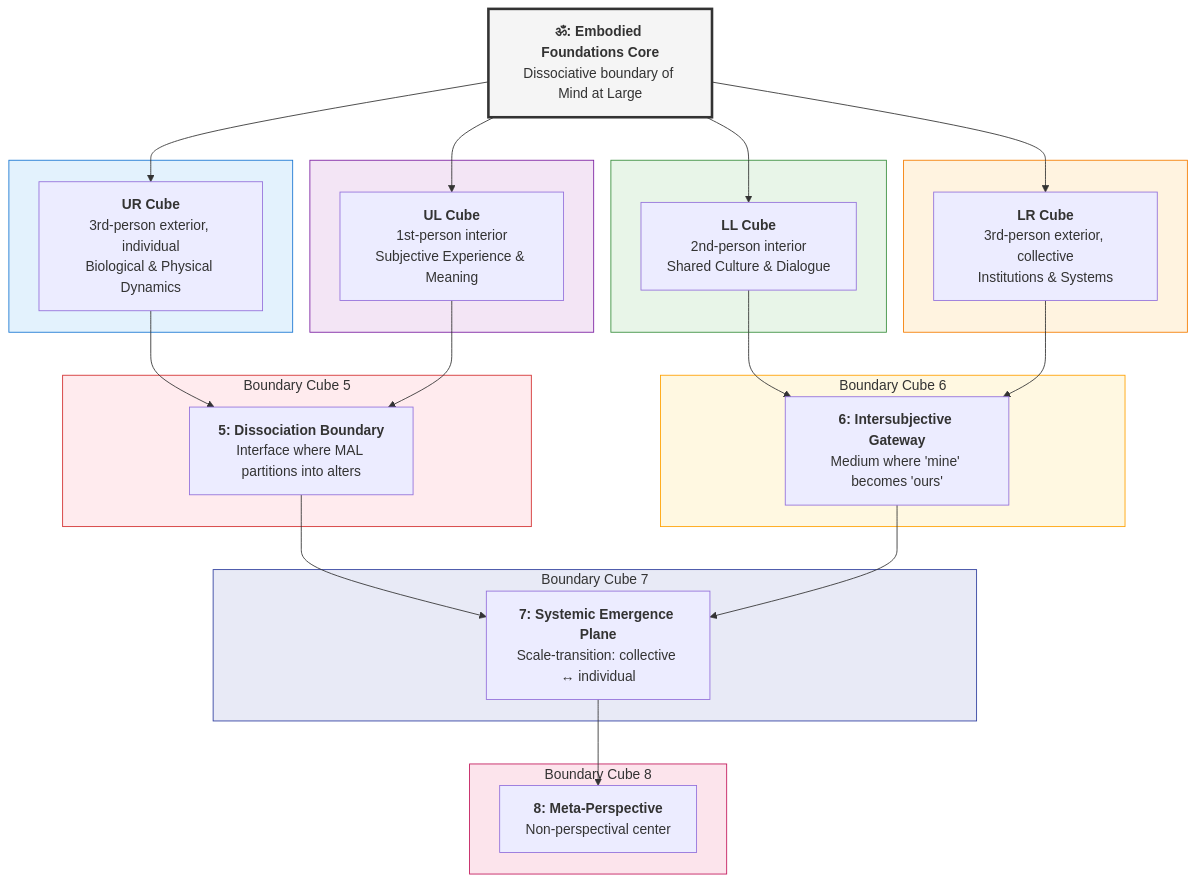
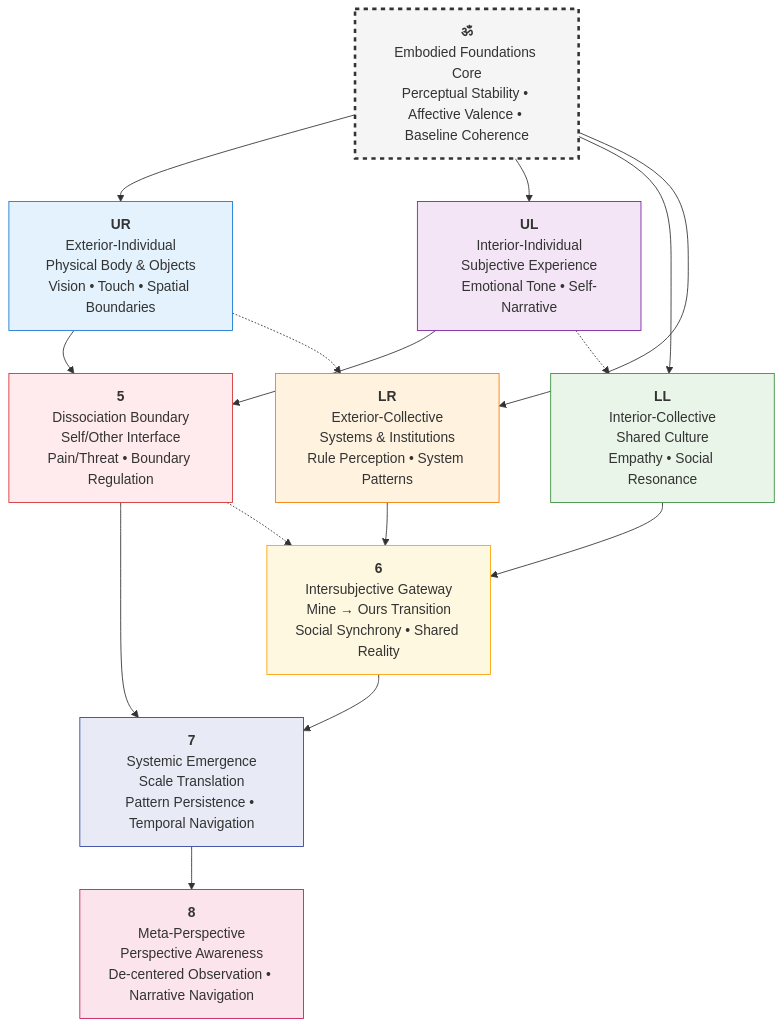
Before and after one commit to ravaioli/solarpunk-mandala: the fourth of 9 diagrams in framework/core-model/02-epistemic-architecture-tesseract.md, drawn with Mermaid. The commit also changed other lines of this file, not shown here.

````diff
--- a/framework/core-model/02-epistemic-architecture-tesseract.md
+++ b/framework/core-model/02-epistemic-architecture-tesseract.md
@@ -232,60 +254,48 @@
 ```mermaid
-flowchart TD
-    %% Central Core
-    O["<b>ॐ: Embodied Foundations Core</b><br>Dissociative boundary of Mind at Large"]
-
-    %% First Layer: Unfolded Cubes
-    O --> UR
-    O --> UL
-    O --> LL
-    O --> LR
-
-    subgraph UR_Group [ ]
-        UR["<b>UR Cube</b><br>3rd-person exterior, individual<br>Biological & Physical Dynamics"]
-    end
-
-    subgraph UL_Group [ ]
-        UL["<b>UL Cube</b><br>1st-person interior<br>Subjective Experience & Meaning"]
-    end
-
-    subgraph LL_Group [ ]
-        LL["<b>LL Cube</b><br>2nd-person interior<br>Shared Culture & Dialogue"]
-    end
-
-    subgraph LR_Group [ ]
-        LR["<b>LR Cube</b><br>3rd-person exterior, collective<br>Institutions & Systems"]
-    end
-
-    %% Second Layer: Folded Cubes (Boundaries)
-    UR & UL --> F5
-    LL & LR --> F6
-    F5 & F6 --> F7
-    F7 --> F8
-
-    subgraph F5_Group [Boundary Cube 5]
-        F5["<b>5: Dissociation Boundary</b><br>Interface where MAL partitions into alters"]
-    end
-
-    subgraph F6_Group [Boundary Cube 6]
-        F6["<b>6: Intersubjective Gateway</b><br>Medium where 'mine' becomes 'ours'"]
-    end
-
-    subgraph F7_Group [Boundary Cube 7]
-        F7["<b>7: Systemic Emergence Plane</b><br>Scale-transition: collective ↔ individual"]
-    end
-
-    subgraph F8_Group [Boundary Cube 8]
-        F8["<b>8: Meta-Perspective</b><br>Non-perspectival center"]
-    end
-
-    %% Styling
-    style O fill:#f5f5f5,stroke:#333,stroke-width:3px
-    style UR_Group fill:#e3f2fd,stroke:#1976d2
-    style UL_Group fill:#f3e5f5,stroke:#7b1fa2
-    style LL_Group fill:#e8f5e8,stroke:#388e3c
-    style LR_Group fill:#fff3e0,stroke:#f57c00
-    style F5_Group fill:#ffebee,stroke:#d32f2f
-    style F6_Group fill:#fff8e1,stroke:#ffa000
-    style F7_Group fill:#e8eaf6,stroke:#303f9f
-    style F8_Group fill:#fce4ec,stroke:#c2185b
+graph TB
+    %% Central Core at the top
+    CORE["<b>ॐ</b><br>Embodied Foundations Core<br>Perceptual Stability • Affective Valence • Baseline Coherence"]
+    
+    %% First Row: Unfolded Cubes
+    UR["<b>UR</b><br>Exterior-Individual<br>Physical Body & Objects<br>Vision • Touch • Spatial Boundaries"]
+    UL["<b>UL</b><br>Interior-Individual<br>Subjective Experience<br>Emotional Tone • Self-Narrative"]
+    LL["<b>LL</b><br>Interior-Collective<br>Shared Culture<br>Empathy • Social Resonance"]
+    LR["<b>LR</b><br>Exterior-Collective<br>Systems & Institutions<br>Rule Perception • System Patterns"]
+    
+    %% Second Row: Folded Cubes
+    B5["<b>5</b><br>Dissociation Boundary<br>Self/Other Interface<br>Pain/Threat • Boundary Regulation"]
+    B6["<b>6</b><br>Intersubjective Gateway<br>Mine → Ours Transition<br>Social Synchrony • Shared Reality"]
+    B7["<b>7</b><br>Systemic Emergence<br>Scale Translation<br>Pattern Persistence • Temporal Navigation"]
+    B8["<b>8</b><br>Meta-Perspective<br>Perspective Awareness<br>De-centered Observation • Narrative Navigation"]
+    
+    %% Connections - Clean vertical hierarchy
+    CORE --> UR
+    CORE --> UL
+    CORE --> LL
+    CORE --> LR
+    
+    UR --> B5
+    UL --> B5
+    LL --> B6
+    LR --> B6
+    
+    B5 --> B7
+    B6 --> B7
+    B7 --> B8
+    
+    %% Horizontal relationships (dashed lines for secondary connections)
+    UR -.-> LR
+    UL -.-> LL
+    B5 -.-> B6
+    
+    %% Styling for symmetry
+    style CORE fill:#f5f5f5,stroke:#333,stroke-width:3px,stroke-dasharray:5 5
+    style UR fill:#e3f2fd,stroke:#1976d2
+    style UL fill:#f3e5f5,stroke:#7b1fa2
+    style LL fill:#e8f5e8,stroke:#388e3c
+    style LR fill:#fff3e0,stroke:#f57c00
+    style B5 fill:#ffebee,stroke:#d32f2f
+    style B6 fill:#fff8e1,stroke:#ffa000
+    style B7 fill:#e8eaf6,stroke:#303f9f
+    style B8 fill:#fce4ec,stroke:#c2185b
 ```
````
